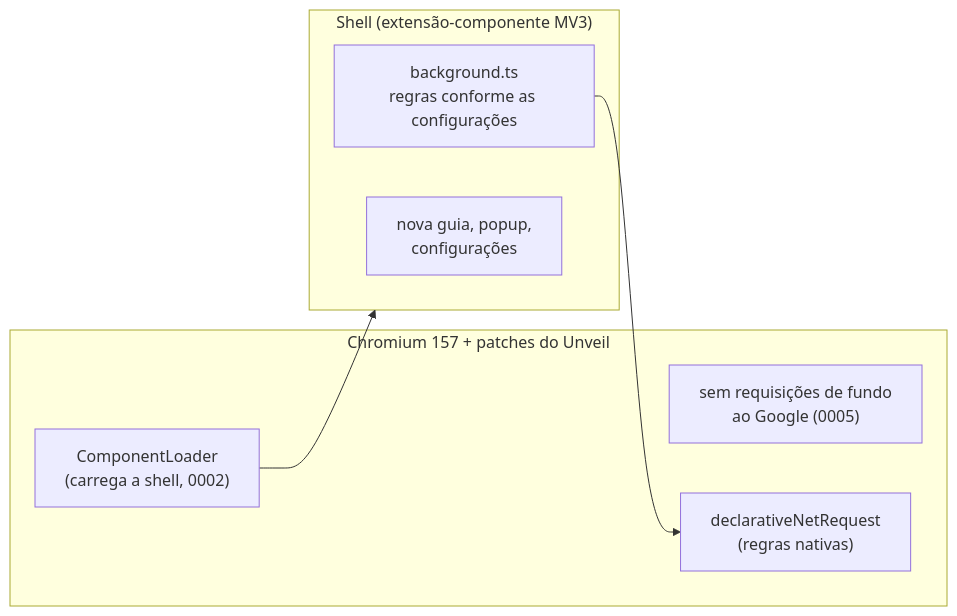
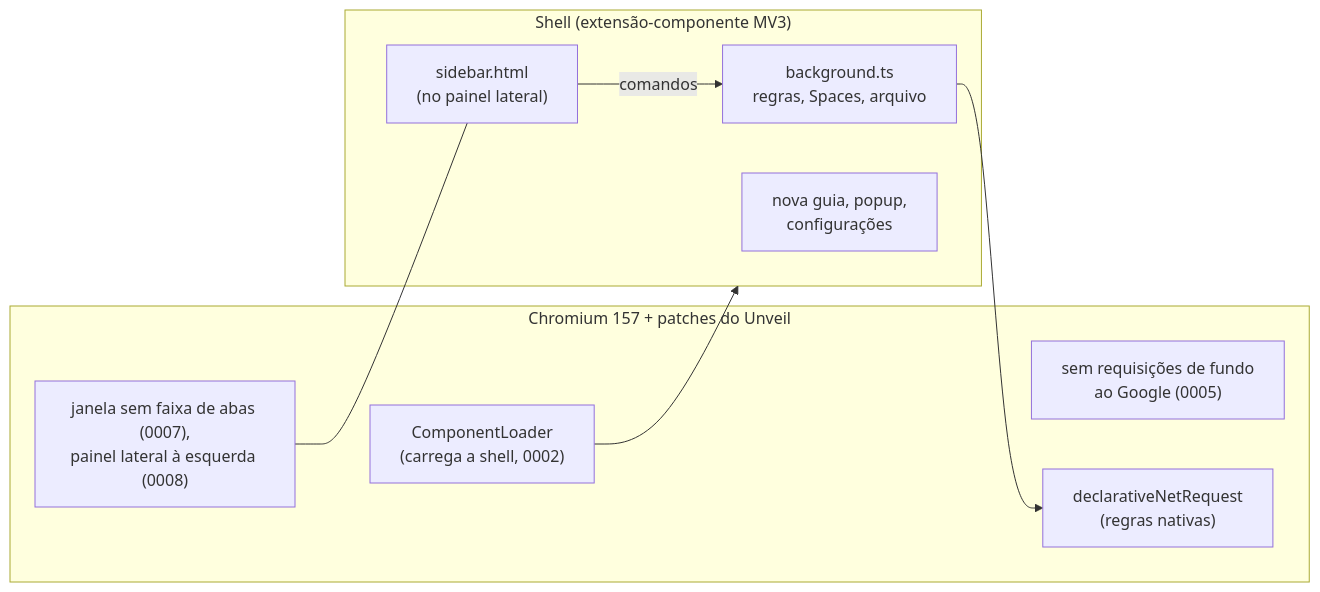
The diagram in README.md (daltonfontes/unveil-browser), drawn with Mermaid before and after one commit. The commit also changed other lines of this file and 19 other files, not shown here.

````diff
--- a/README.md
+++ b/README.md
@@ -126,14 +139,18 @@
 ```mermaid
 flowchart LR
   subgraph Chromium["Chromium 157 + patches do Unveil"]
     Loader["ComponentLoader<br/>(carrega a shell, 0002)"]
+    Frame["janela sem faixa de abas (0007),<br/>painel lateral à esquerda (0008)"]
     Switches["sem requisições de fundo<br/>ao Google (0005)"]
     DNR["declarativeNetRequest<br/>(regras nativas)"]
   end
   subgraph Shell["Shell (extensão-componente MV3)"]
-    BG["background.ts<br/>regras conforme as configurações"]
+    BG["background.ts<br/>regras, Spaces, arquivo"]
+    Sidebar["sidebar.html<br/>(no painel lateral)"]
     UI["nova guia, popup,<br/>configurações"]
   end
   Loader --> Shell
   BG --> DNR
+  Sidebar -- comandos --> BG
+  Frame --- Sidebar
 ```
````
